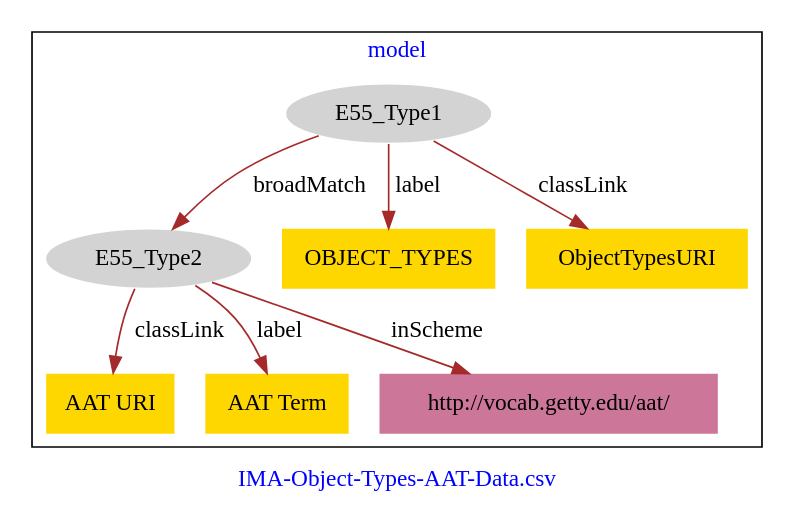
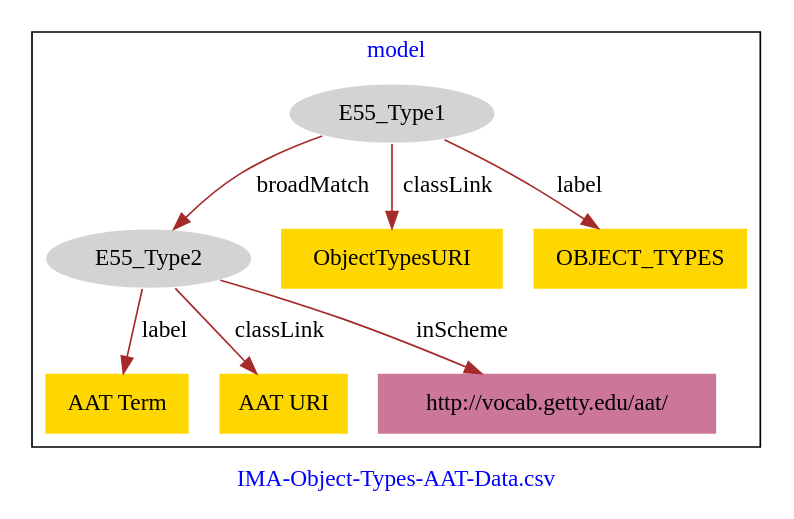
One commit to american-art/ima changed the diagram in IMA-Object-Types-AAT/IMA-Object-Types-AAT-model.dot. Above: the diagram before and after it, drawn with Graphviz.

Commit message:
Update file IMA-Object-Types-AAT-model.dot

```diff
--- a/IMA-Object-Types-AAT/IMA-Object-Types-AAT-model.dot
+++ b/IMA-Object-Types-AAT/IMA-Object-Types-AAT-model.dot
@@ -1,21 +1,21 @@
 digraph n0 {
 fontcolor="blue"
 remincross="true"
 label="IMA-Object-Types-AAT-Data.csv"
 subgraph cluster {
 label="model"
 n2[style="filled",color="white",fillcolor="lightgray",label="E55_Type1"];
 n3[style="filled",color="white",fillcolor="lightgray",label="E55_Type2"];
-n4[shape="plaintext",style="filled",fillcolor="gold",label="OBJECT_TYPES"];
-n5[shape="plaintext",style="filled",fillcolor="gold",label="ObjectTypesURI"];
-n6[shape="plaintext",style="filled",fillcolor="gold",label="AAT URI"];
-n7[shape="plaintext",style="filled",fillcolor="gold",label="AAT Term"];
+n4[shape="plaintext",style="filled",fillcolor="gold",label="ObjectTypesURI"];
+n5[shape="plaintext",style="filled",fillcolor="gold",label="OBJECT_TYPES"];
+n6[shape="plaintext",style="filled",fillcolor="gold",label="AAT Term"];
+n7[shape="plaintext",style="filled",fillcolor="gold",label="AAT URI"];
 n8[shape="plaintext",style="filled",fillcolor="#CC7799",label="http://vocab.getty.edu/aat/"];
 }
 n2 -> n3[color="brown",fontcolor="black",label="broadMatch"]
-n2 -> n4[color="brown",fontcolor="black",label="label"]
-n2 -> n5[color="brown",fontcolor="black",label="classLink"]
-n3 -> n6[color="brown",fontcolor="black",label="classLink"]
-n3 -> n7[color="brown",fontcolor="black",label="label"]
+n2 -> n4[color="brown",fontcolor="black",label="classLink"]
+n2 -> n5[color="brown",fontcolor="black",label="label"]
+n3 -> n6[color="brown",fontcolor="black",label="label"]
+n3 -> n7[color="brown",fontcolor="black",label="classLink"]
 n3 -> n8[color="brown",fontcolor="black",label="inScheme"]
 }
```
